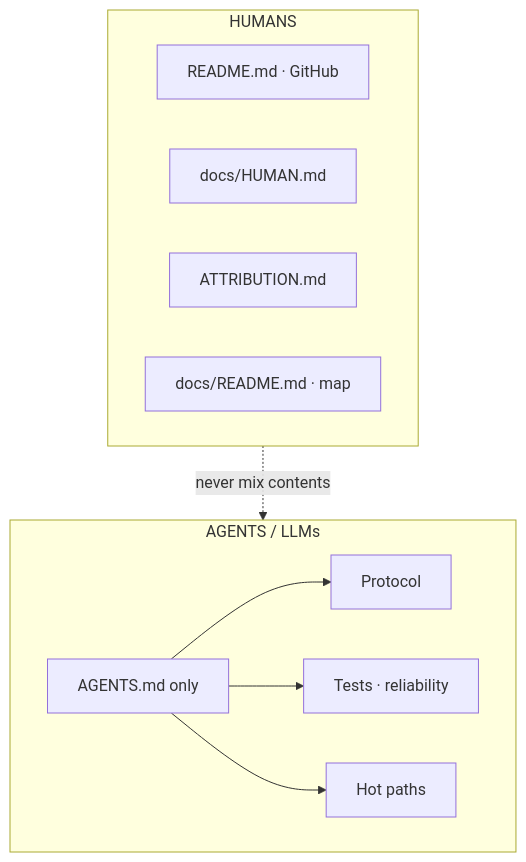
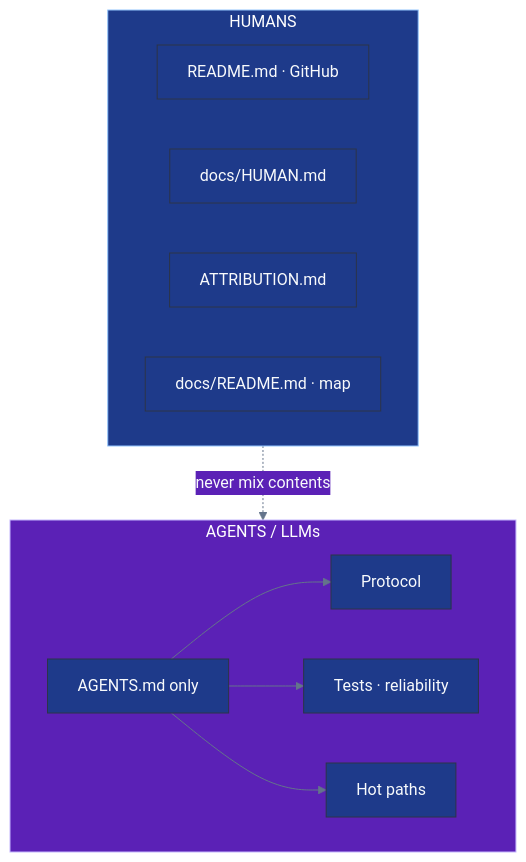
The diagram in docs/README.md (Im-Nova-Dev/dq1_mmo), drawn with Mermaid before and after one commit. The commit also changed other lines of this file and 3 other files, not shown here.

First line of the commit message:
Docs: GitHub README polish for v0.5.129 (humans ≠ agents).

````diff
--- a/docs/README.md
+++ b/docs/README.md
@@ -34,16 +34,19 @@
 ```mermaid
+%%{init: {'theme': 'base', 'themeVariables': { 'primaryColor': '#1e3a8a', 'primaryTextColor': '#f8fafc', 'lineColor': '#64748b', 'secondaryColor': '#5b21b6', 'tertiaryColor': '#0f172a'}}}%%
 flowchart TB
   subgraph humans ["HUMANS"]
     R[README.md · GitHub]
     H[docs/HUMAN.md]
     A[ATTRIBUTION.md]
     M[docs/README.md · map]
   end
   subgraph agents ["AGENTS / LLMs"]
     G[AGENTS.md only]
     G --> P[Protocol]
     G --> T[Tests · reliability]
     G --> HP[Hot paths]
   end
   humans -.->|never mix contents| agents
+  style humans fill:#1e3a8a,stroke:#93c5fd,color:#fff
+  style agents fill:#5b21b6,stroke:#c4b5fd,color:#fff
 ```
````
